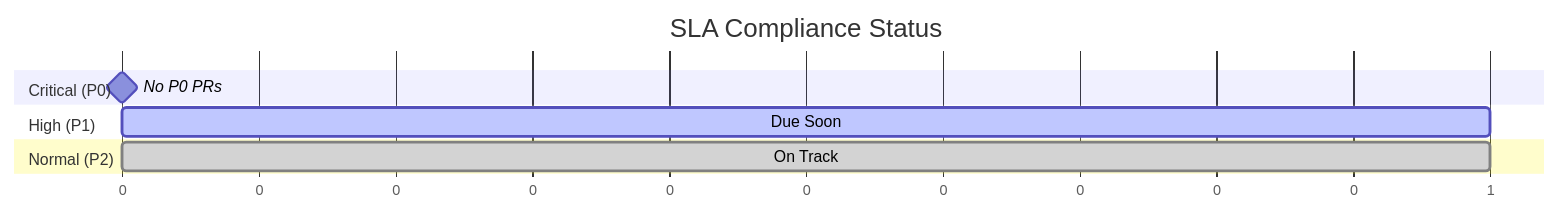
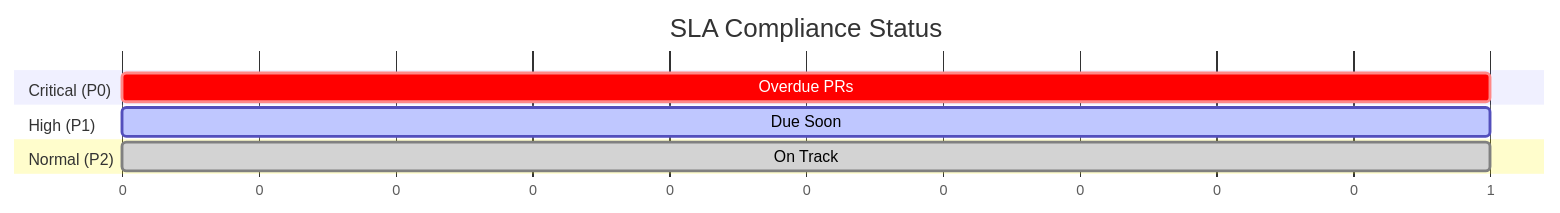
One commit to Nitsur10/invoice-dashboard-deploy changed the fourth of 4 diagrams in docs/tracker.md. Above: the diagram before and after it, drawn with Mermaid. The commit also changed other lines of this file and 1 other file, not shown here.

First line of the commit message:
chore(tracker): update portfolio dashboard - 3 PRs, 5 issues

````diff
--- a/docs/tracker.md
+++ b/docs/tracker.md
@@ -50,15 +50,15 @@
 ```mermaid
 gantt
     title SLA Compliance Status
     dateFormat X
     axisFormat %s
 
     section Critical (P0)
-    No P0 PRs      :milestone, 0, 0
+    Overdue PRs     :crit, 0, 1
 
     section High (P1)
     Due Soon       :active, 0, 1
 
     section Normal (P2)
     On Track       :done, 0, 1
 ```
````
